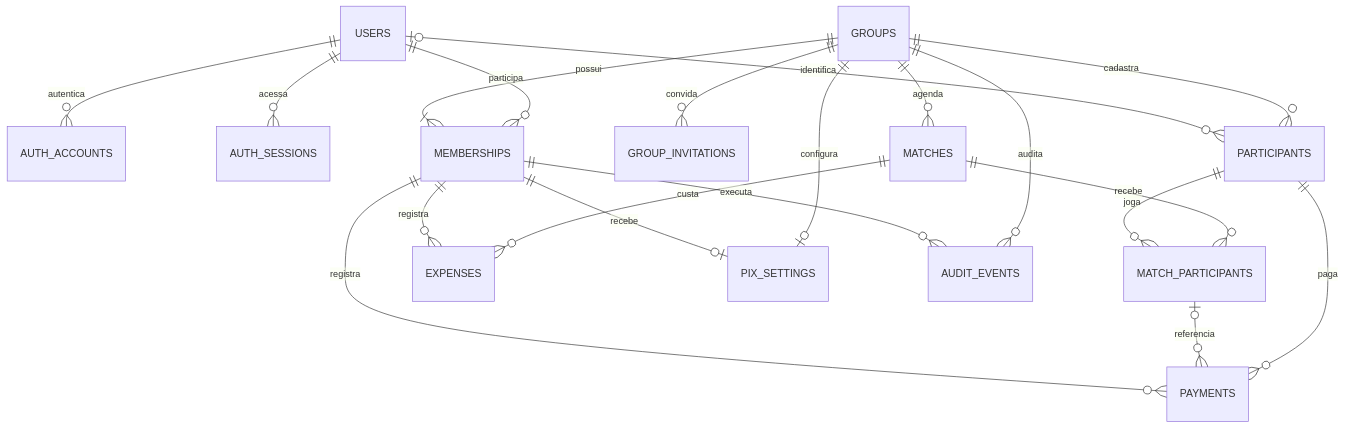
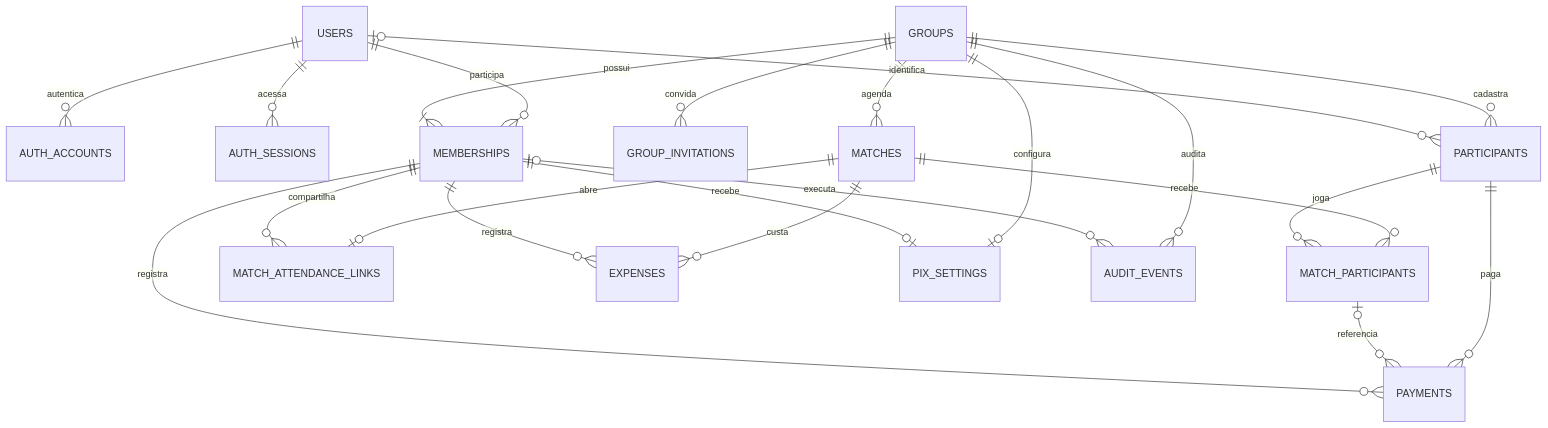
The diagram in .ai/database/README.md (victorgustavodev/Pelazzo), drawn with Mermaid before and after one commit. The commit also changed other lines of this file and 47 other files, not shown here.

````diff
--- a/.ai/database/README.md
+++ b/.ai/database/README.md
@@ -23,22 +23,24 @@
 ```mermaid
 erDiagram
     USERS ||--o{ AUTH_ACCOUNTS : autentica
     USERS ||--o{ AUTH_SESSIONS : acessa
     USERS ||--o{ MEMBERSHIPS : participa
     GROUPS ||--o{ GROUP_INVITATIONS : convida
     GROUPS ||--|{ MEMBERSHIPS : possui
     GROUPS ||--o{ PARTICIPANTS : cadastra
     USERS o|--o{ PARTICIPANTS : identifica
     GROUPS ||--o{ MATCHES : agenda
     MATCHES ||--o{ MATCH_PARTICIPANTS : recebe
+    MATCHES ||--o| MATCH_ATTENDANCE_LINKS : abre
+    MEMBERSHIPS ||--o{ MATCH_ATTENDANCE_LINKS : compartilha
     PARTICIPANTS ||--o{ MATCH_PARTICIPANTS : joga
     PARTICIPANTS ||--o{ PAYMENTS : paga
     MATCH_PARTICIPANTS o|--o{ PAYMENTS : referencia
     MATCHES ||--o{ EXPENSES : custa
     GROUPS ||--o| PIX_SETTINGS : configura
     MEMBERSHIPS ||--o{ PAYMENTS : registra
     MEMBERSHIPS ||--o{ EXPENSES : registra
     MEMBERSHIPS ||--o| PIX_SETTINGS : recebe
     GROUPS ||--o{ AUDIT_EVENTS : audita
-    MEMBERSHIPS ||--o{ AUDIT_EVENTS : executa
+    MEMBERSHIPS o|--o{ AUDIT_EVENTS : executa
 ```
````
